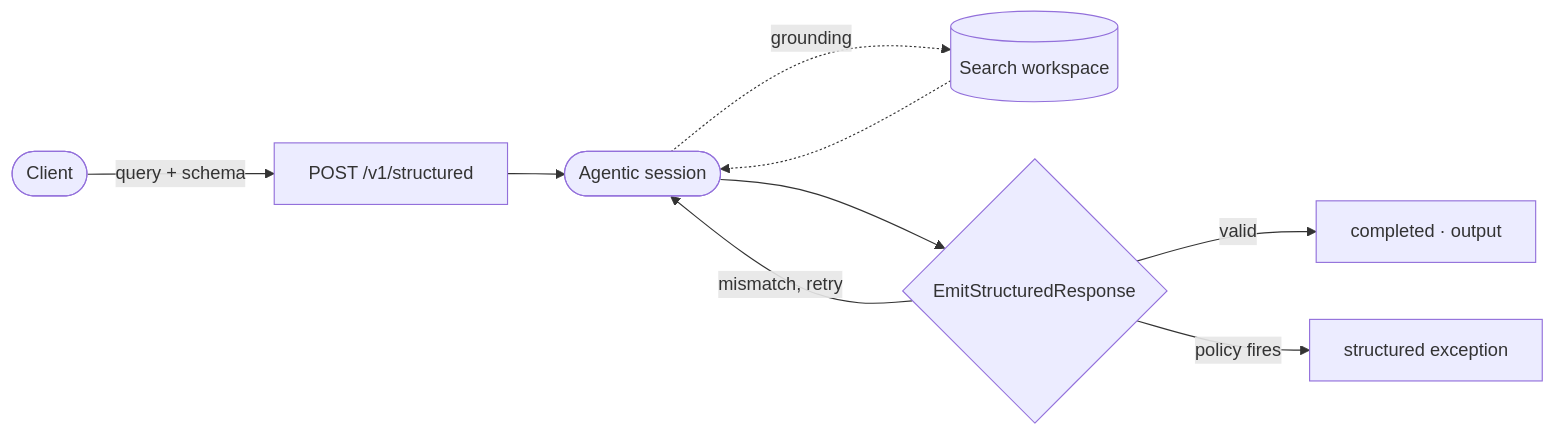
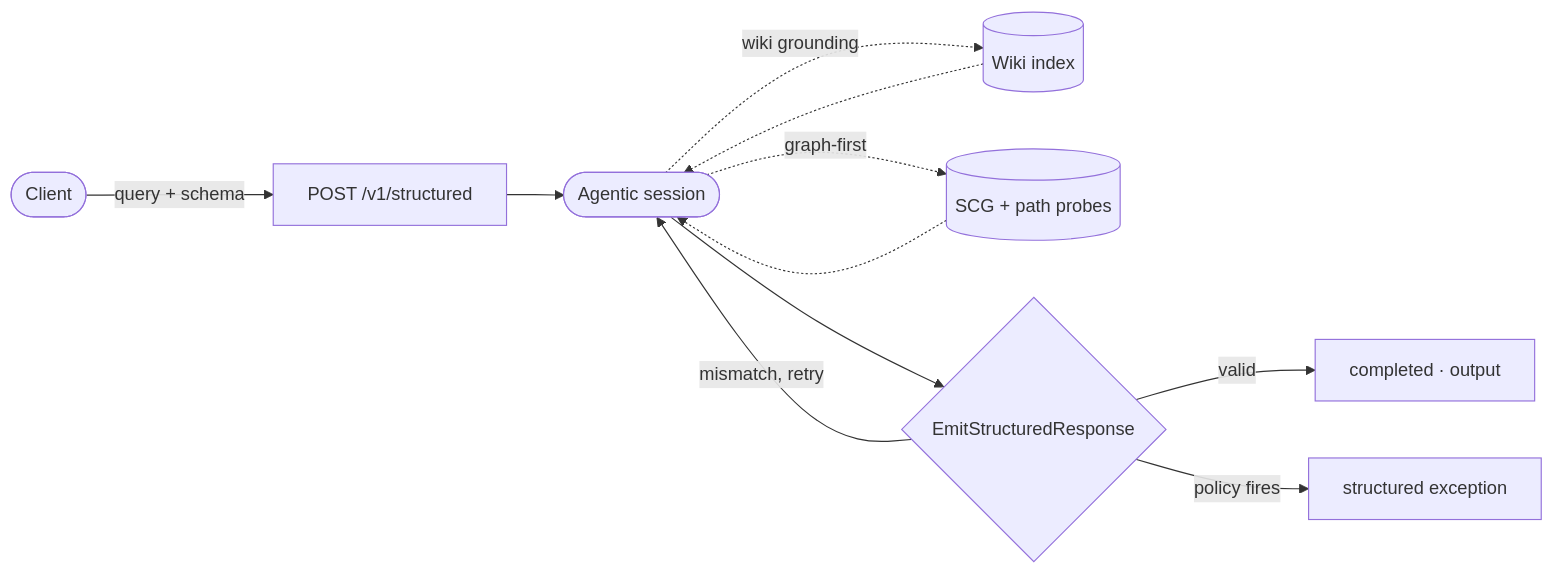
Before and after one commit to bearlike/Assistant: the diagram in docs/features-structured-outputs.md, drawn with Mermaid. The commit also changed other lines of this file and 220 other files, not shown here.

First line of the commit message:
✨ feat: Agentic Search goes live -- graph-first answers, agent issue pickup, shareable runs + stability fixes

````diff
--- a/docs/features-structured-outputs.md
+++ b/docs/features-structured-outputs.md
@@ -3,11 +3,13 @@
 ```mermaid
 flowchart LR
     A([Client]) -->|"query + schema"| B["POST /v1/structured"]
     B --> C(["Agentic session"])
-    C -.->|"grounding"| W[("Search workspace")]
+    C -.->|"wiki grounding"| W[("Wiki index")]
+    C -.->|"graph-first"| G[("SCG + path probes")]
     W -.-> C
+    G -.-> C
     C --> D{"EmitStructuredResponse"}
     D -->|"valid"| E["completed · output"]
     D -->|"mismatch, retry"| C
     D -->|"policy fires"| P["structured exception"]
 ```
````
